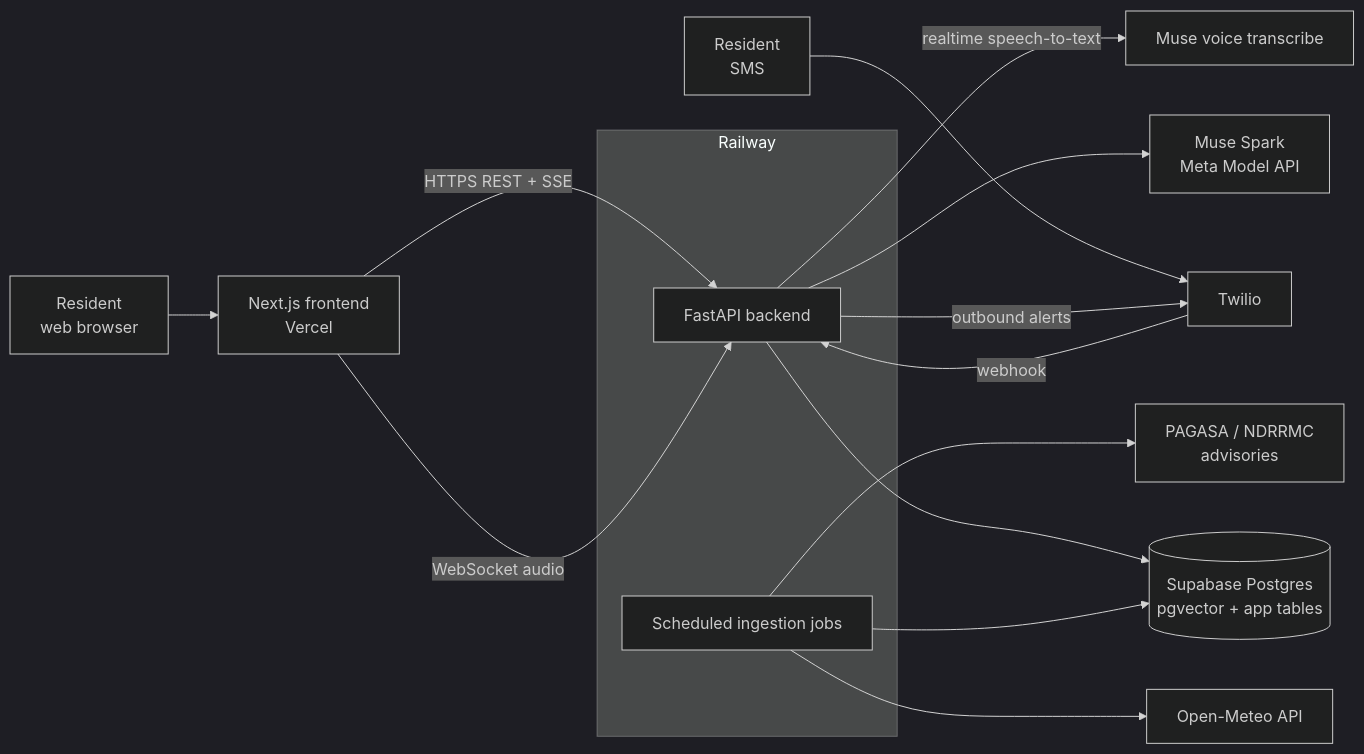
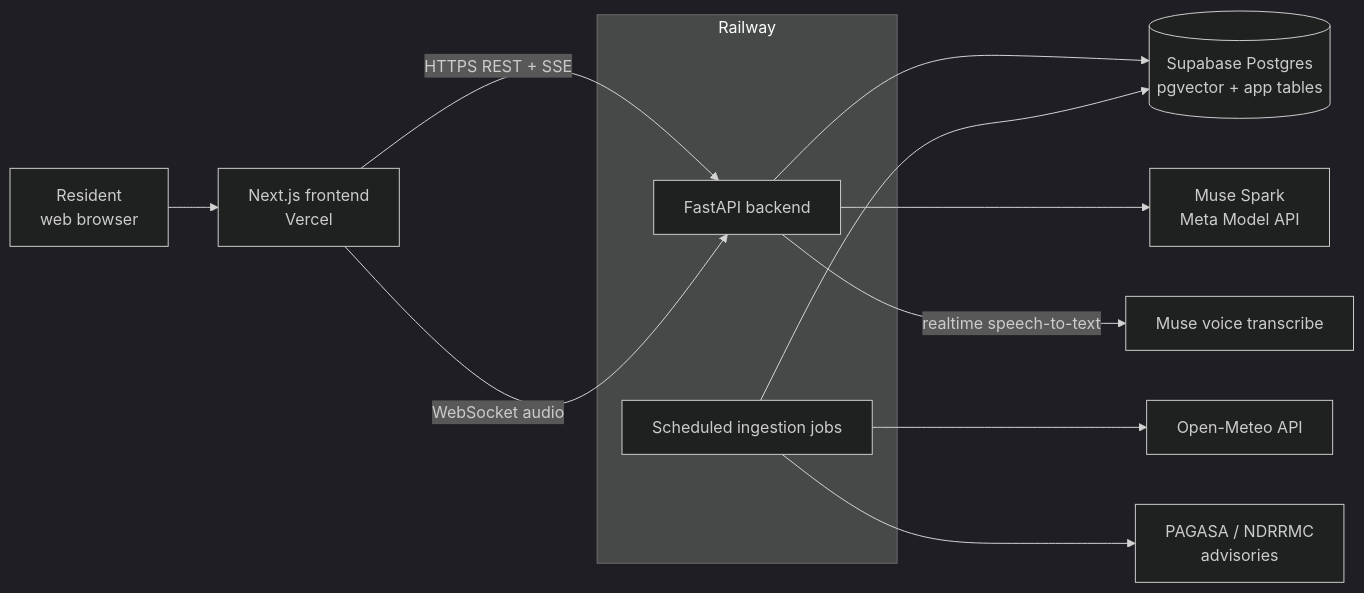
Before and after one commit to kennethmedes28/AI-Mihan: the first of 4 diagrams in docs/backend_architecture.md, drawn with Mermaid (dark theme). The commit also changed other lines of this file and 18 other files, not shown here.

````diff
--- a/docs/backend_architecture.md
+++ b/docs/backend_architecture.md
@@ -19,19 +19,16 @@
 ```mermaid
 flowchart LR
     U[Resident<br/>web browser] --> FE[Next.js frontend<br/>Vercel]
-    SMS[Resident<br/>SMS] --> TW[Twilio]
     FE -->|HTTPS REST + SSE| API
-    TW -->|webhook| API
     subgraph Railway
         API[FastAPI backend]
         WK[Scheduled ingestion jobs]
     end
     API --> DB[(Supabase Postgres<br/>pgvector + app tables)]
     WK --> DB
     WK --> OM[Open-Meteo API]
     WK --> GOV[PAGASA / NDRRMC<br/>advisories]
     API --> LLM[Muse Spark<br/>Meta Model API]
     FE -->|WebSocket audio| API
     API -->|realtime speech-to-text| ASR[Muse voice transcribe]
-    API -->|outbound alerts| TW
 ```
````
